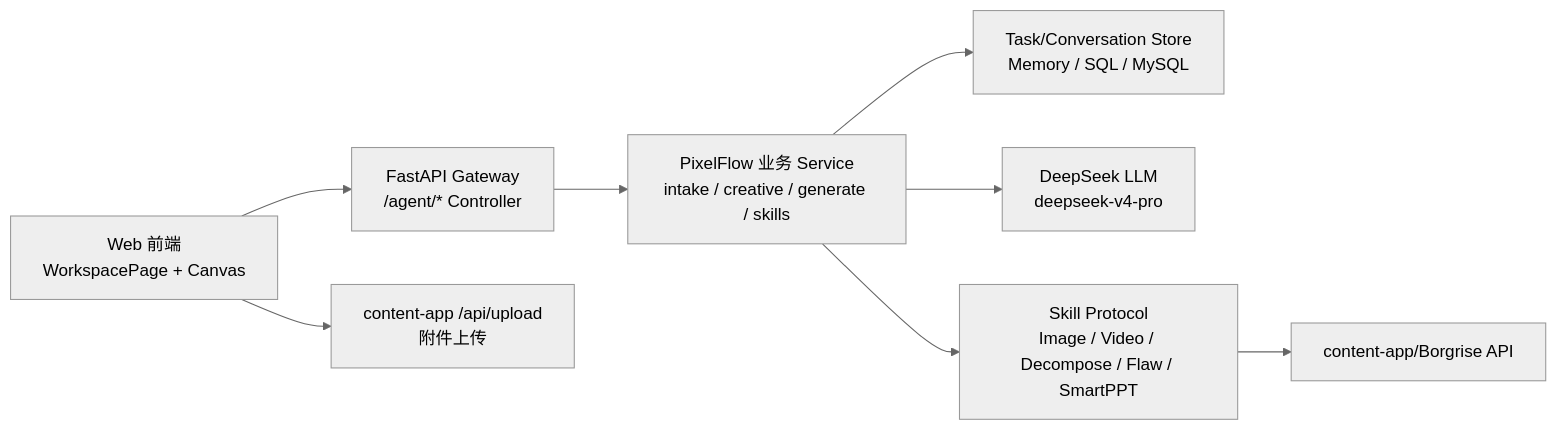
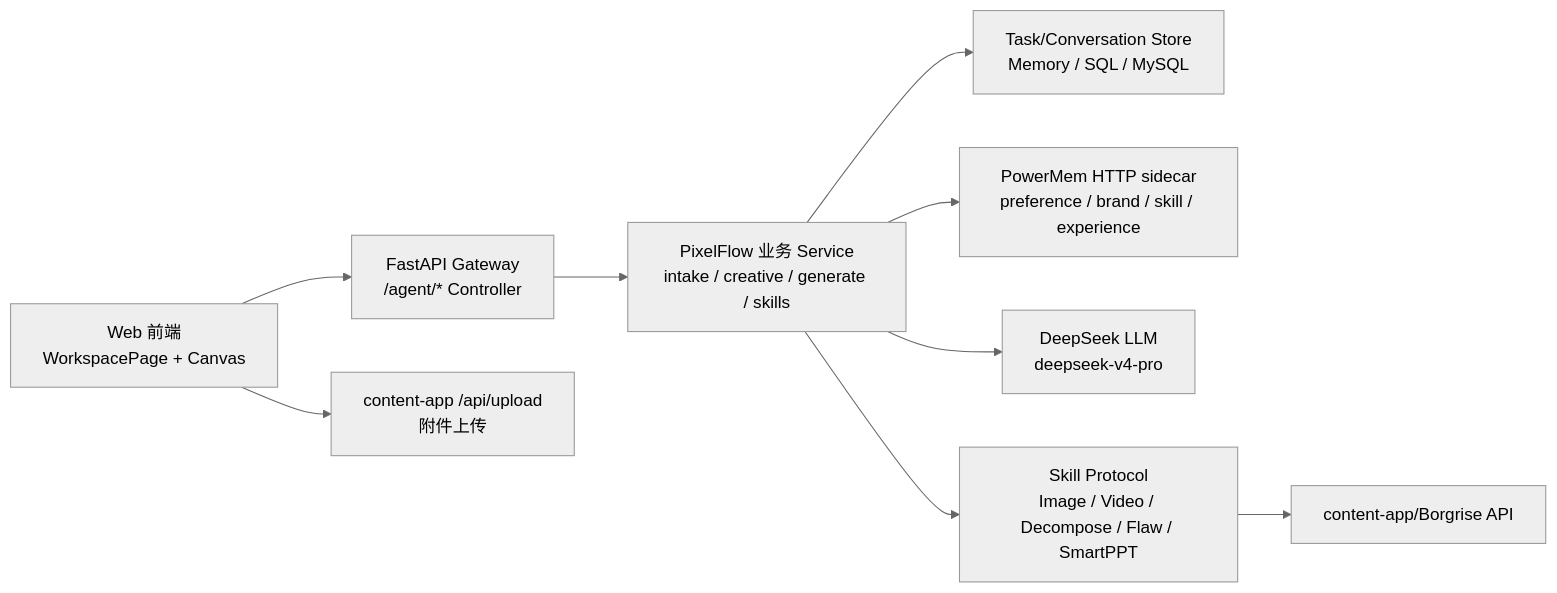
One commit to joyslxd/pixelflow changed the first of 7 diagrams in docs/pixelflow-agent-skill-flow-latest-design.md. Above: the diagram before and after it, drawn with Mermaid (neutral theme). The commit also changed other lines of this file and 41 other files, not shown here.

````diff
--- a/docs/pixelflow-agent-skill-flow-latest-design.md
+++ b/docs/pixelflow-agent-skill-flow-latest-design.md
@@ -20,10 +21,11 @@
 ```mermaid
 flowchart LR
   FE["Web 前端<br/>WorkspacePage + Canvas"] --> GW["FastAPI Gateway<br/>/agent/* Controller"]
   GW --> Flow["PixelFlow 业务 Service<br/>intake / creative / generate / skills"]
   Flow --> Store["Task/Conversation Store<br/>Memory / SQL / MySQL"]
+  Flow --> PM["PowerMem HTTP sidecar<br/>preference / brand / skill / experience"]
   Flow --> LLM["DeepSeek LLM<br/>deepseek-v4-pro"]
   Flow --> Skill["Skill Protocol<br/>Image / Video / Decompose / Flaw / SmartPPT"]
   Skill --> Borgrise["content-app/Borgrise API"]
   FE --> Upload["content-app /api/upload<br/>附件上传"]
 ```
````
